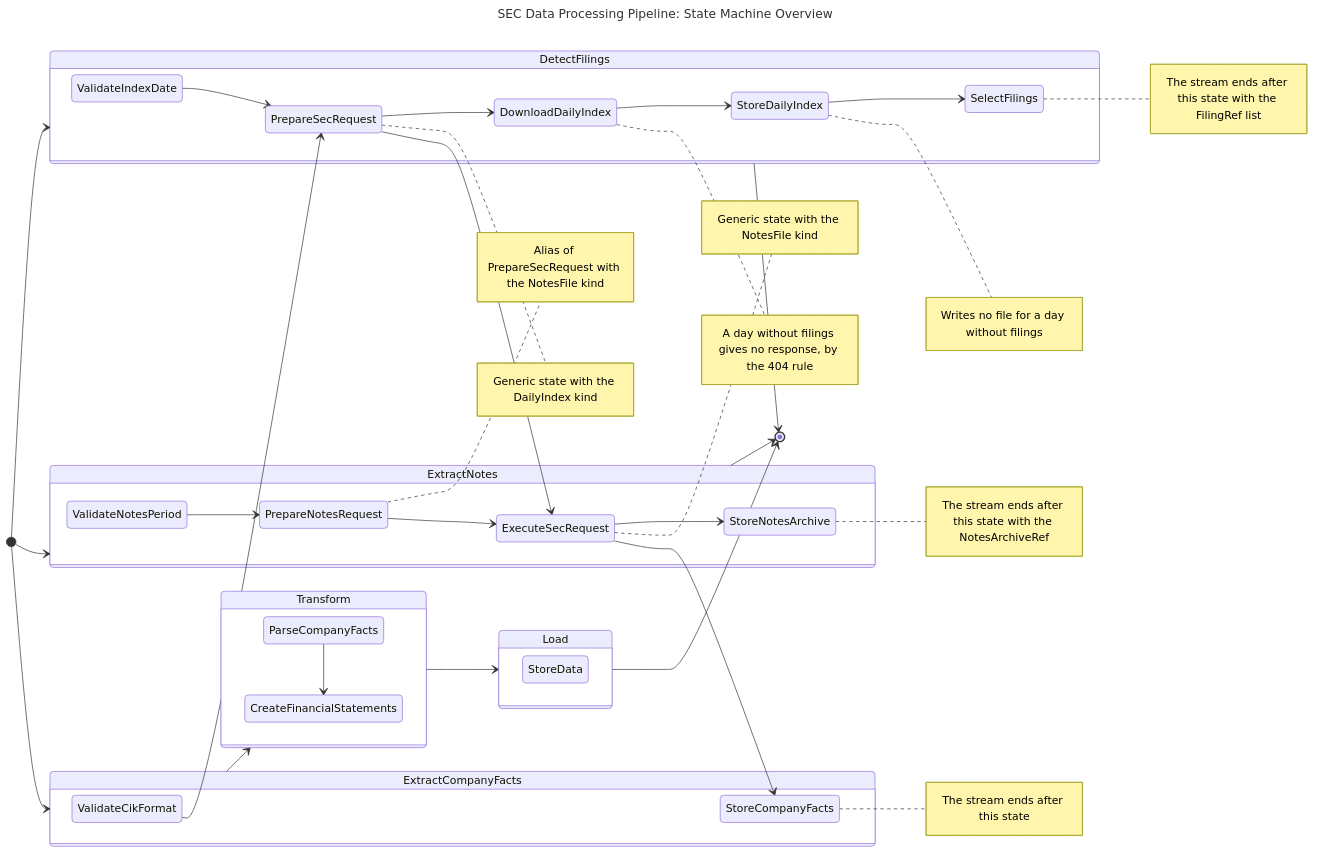
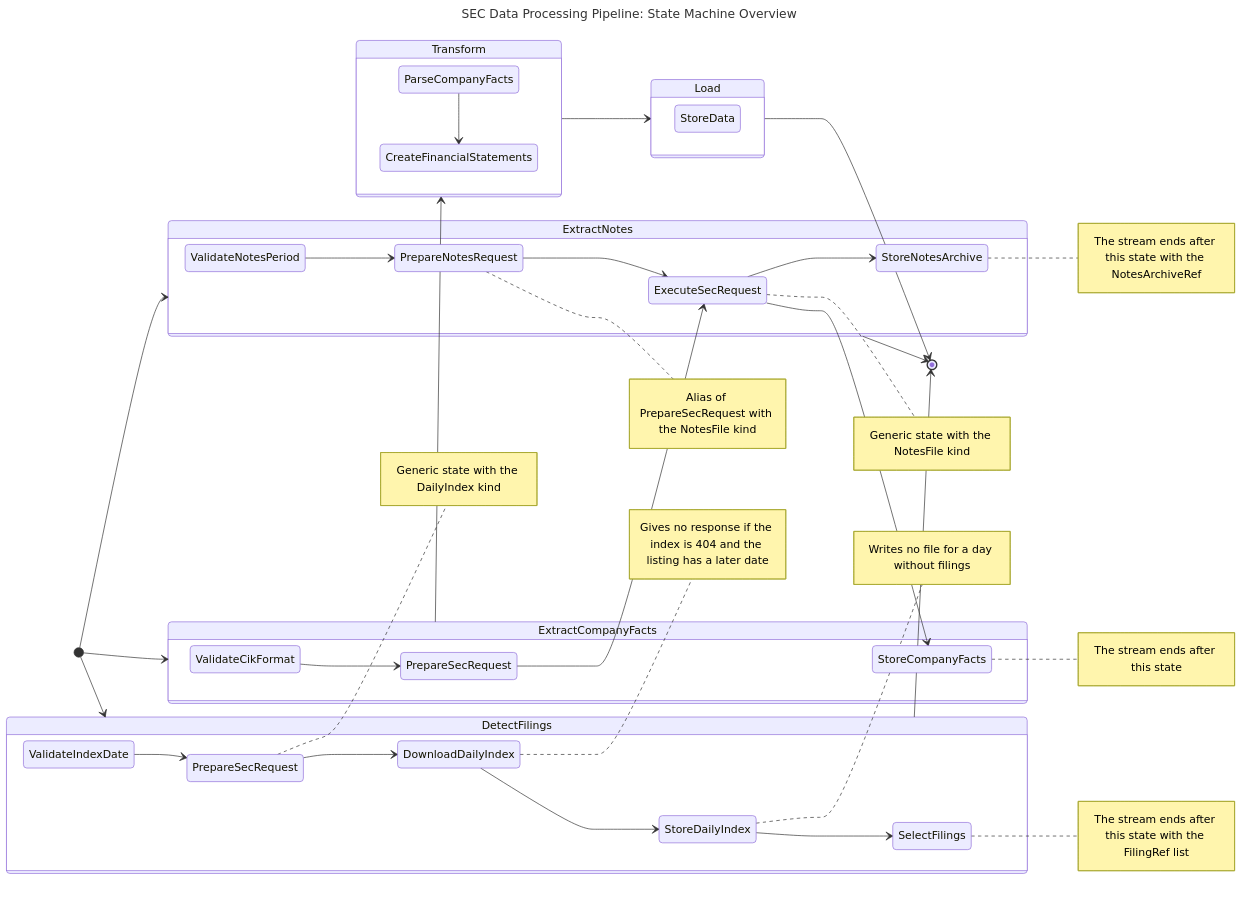
The diagram in sec/design/state_diagram/sec_state_machine.md (ironcapitaleu/arkad), drawn with Mermaid before and after one commit. The commit also changed 1 other file, not shown here.

Commit message:
test(sec): cover the slot, the run tag, and a rejected write
Address the review of ironcapitaleu/arkad#330:

- Test that run_to_filings returns the filings when a clone empties
  the slot the super-state was built with.
- Test that the stream carries the execution_id of the context.
- Test that a rejected write fails the run in StoreDailyIndex.
- Check that a day without filings leaves the whole store empty.
- Rename the 404 test, because no listing exists in it.
- Give PrepareSecRequest its own node in the state diagram, because
  mermaid state ids are global.

Refs: STA-374

Claude-Session: https://claude.ai/code/session_01QC3Beizj6Z8QhiQttryxEz

````diff
--- a/sec/design/state_diagram/sec_state_machine.md
+++ b/sec/design/state_diagram/sec_state_machine.md
@@ -1,61 +1,62 @@
 ```mermaid
 ---
 title: "SEC Data Processing Pipeline: State Machine Overview"
 ---
 stateDiagram-v2
     %% Align all the SuperStates from left-to-right
     direction LR
 
     %% `ExtractCompanyFacts` SuperState
     [*] --> ExtractCompanyFacts
     state ExtractCompanyFacts {
         ValidateCikFormat --> PrepareSecRequest
         PrepareSecRequest --> ExecuteSecRequest
         ExecuteSecRequest --> StoreCompanyFacts
         note right of StoreCompanyFacts : The stream ends after this state
     }
 
     ExtractCompanyFacts --> Transform
 
     %% `ExtractNotes` SuperState, one per Notes file
     [*] --> ExtractNotes
     state ExtractNotes {
         ValidateNotesPeriod --> PrepareNotesRequest
         PrepareNotesRequest --> ExecuteSecRequest
         note right of PrepareNotesRequest : Alias of PrepareSecRequest with the NotesFile kind
         note right of ExecuteSecRequest : Generic state with the NotesFile kind
         ExecuteSecRequest --> StoreNotesArchive
         note right of StoreNotesArchive : The stream ends after this state with the NotesArchiveRef
     }
 
     ExtractNotes --> [*]
 
     %% `DetectFilings` SuperState, one per day
     [*] --> DetectFilings
     state DetectFilings {
-        ValidateIndexDate --> PrepareSecRequest
-        note right of PrepareSecRequest : Generic state with the DailyIndex kind
-        PrepareSecRequest --> DownloadDailyIndex
-        note right of DownloadDailyIndex : A day without filings gives no response, by the 404 rule
+        state "PrepareSecRequest" as PrepareDailyIndexRequest
+        ValidateIndexDate --> PrepareDailyIndexRequest
+        note right of PrepareDailyIndexRequest : Generic state with the DailyIndex kind
+        PrepareDailyIndexRequest --> DownloadDailyIndex
+        note right of DownloadDailyIndex : Gives no response if the index is 404 and the listing has a later date
         DownloadDailyIndex --> StoreDailyIndex
         note right of StoreDailyIndex : Writes no file for a day without filings
         StoreDailyIndex --> SelectFilings
         note right of SelectFilings : The stream ends after this state with the FilingRef list
     }
 
     DetectFilings --> [*]
 
     %% `Transform` SuperState
     state Transform {
         ParseCompanyFacts --> CreateFinancialStatements
     }
 
     Transform --> Load
 
     %% `Load` SuperState
     state Load {
         StoreData
     }
 
     Load --> [*]
 ```
````
